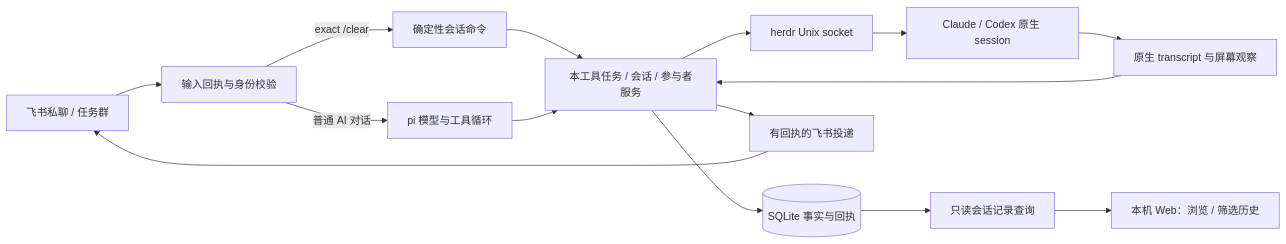
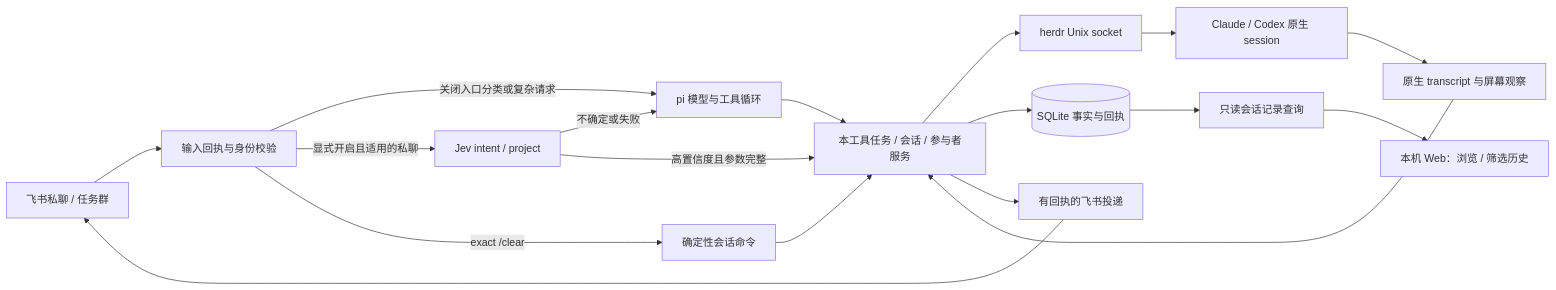
The diagram in docs/node-pi-design.md (hewenyu/herdr-agent), drawn with Mermaid before and after one commit. The commit also changed other lines of this file and 70 other files, not shown here.

Commit message:
feat: add Jev workflow orchestration and project verification

````diff
--- a/docs/node-pi-design.md
+++ b/docs/node-pi-design.md
@@ -19,17 +19,20 @@
 ```mermaid
 flowchart LR
   F[飞书私聊 / 任务群] --> I[输入回执与身份校验]
-  I -->|普通 AI 对话| P[pi 模型与工具循环]
+  I -->|关闭入口分类或复杂请求| P[pi 模型与工具循环]
+  I -->|显式开启且适用的私聊| J[Jev intent / project]
+  J -->|不确定或失败| P
+  J -->|高置信度且参数完整| T
   I -->|exact /clear| S[确定性会话命令]
   S --> T
   P --> T[本工具任务 / 会话 / 参与者服务]
   T --> H[herdr Unix socket]
   H --> C[Claude / Codex 原生 session]
   C --> O[原生 transcript 与屏幕观察]
   O --> T
   T --> D[(SQLite 事实与回执)]
   T --> R[有回执的飞书投递]
   R --> F
   D --> V[只读会话记录查询]
   V --> W[本机 Web：浏览 / 筛选历史]
 ```
````
